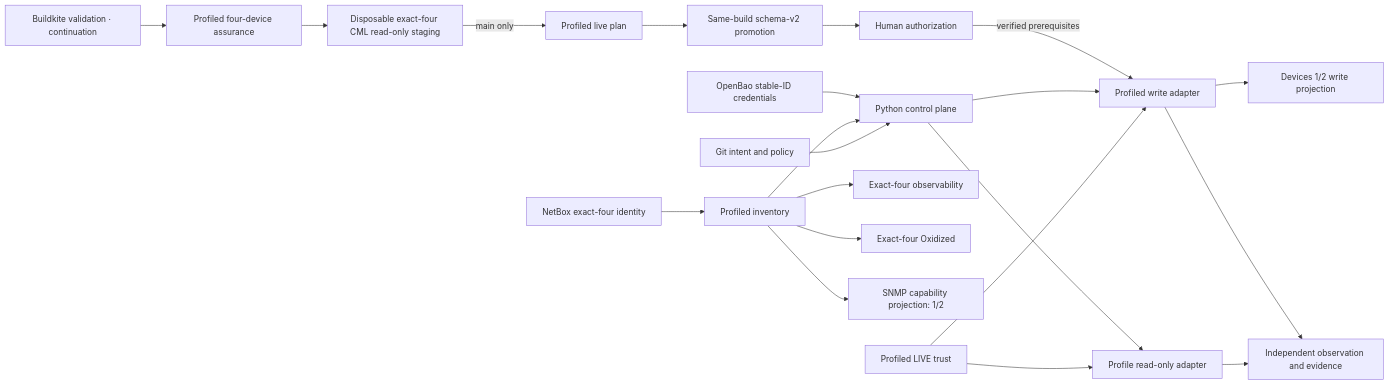
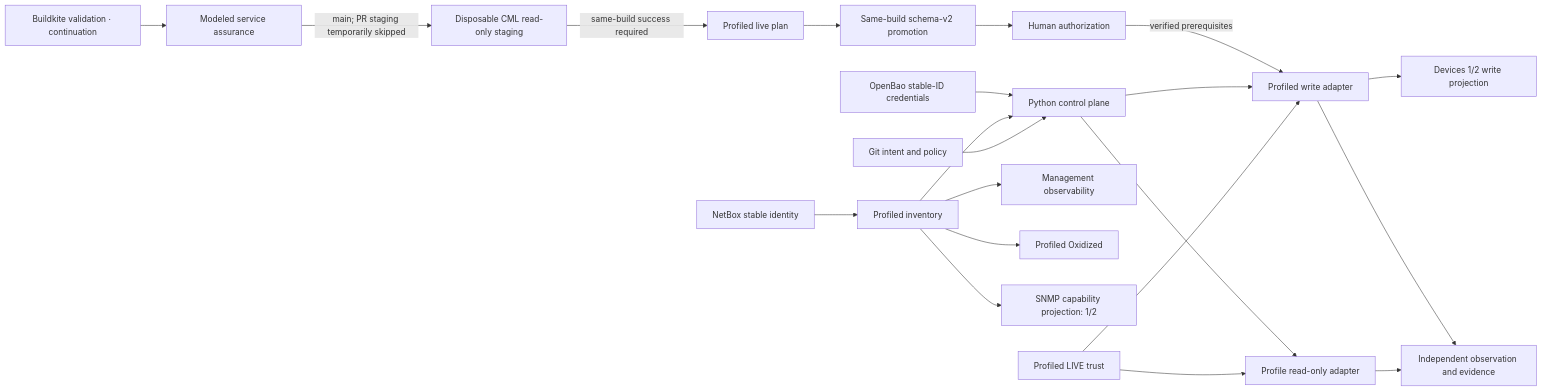
Before and after one commit to Atheer-Kareem/network-change-delivery-platform: the diagram in docs/architecture/overview.md, drawn with Mermaid. The commit also changed other lines of this file and 38 other files, not shown here.

First line of the commit message:
CAP-DOCS-TRUTH: reconcile current architecture and delivery acceptance (#141)

````diff
--- a/docs/architecture/overview.md
+++ b/docs/architecture/overview.md
@@ -8,23 +8,23 @@
 ```mermaid
 flowchart LR
   GH[Git intent and policy] --> PY[Python control plane]
-  NB[NetBox exact-four identity] --> PI[Profiled inventory]
+  NB[NetBox stable identity] --> PI[Profiled inventory]
   PI --> PY
   OB[OpenBao stable-ID credentials] --> PY
   TR[Profiled LIVE trust] --> RO[Profile read-only adapter]
   TR --> WR[Profiled write adapter]
   PY --> RO
   PY --> WR
   WR --> LV[Devices 1/2 write projection]
   RO --> EV[Independent observation and evidence]
   WR --> EV
-  PI --> OBS[Exact-four observability]
-  PI --> OX[Exact-four Oxidized]
+  PI --> OBS[Management observability]
+  PI --> OX[Profiled Oxidized]
   PI --> SNMP[SNMP capability projection: 1/2]
-  BK[Buildkite validation · continuation] --> BA[Profiled four-device assurance]
-  BA --> CS[Disposable exact-four CML read-only staging]
-  CS -->|main only| PL[Profiled live plan]
+  BK[Buildkite validation · continuation] --> BA[Modeled service assurance]
+  BA -->|main; PR staging temporarily skipped| CS[Disposable CML read-only staging]
+  CS -->|same-build success required| PL[Profiled live plan]
   PL --> PM[Same-build schema-v2 promotion]
   PM --> HB[Human authorization]
   HB -->|verified prerequisites| WR
 ```
````
